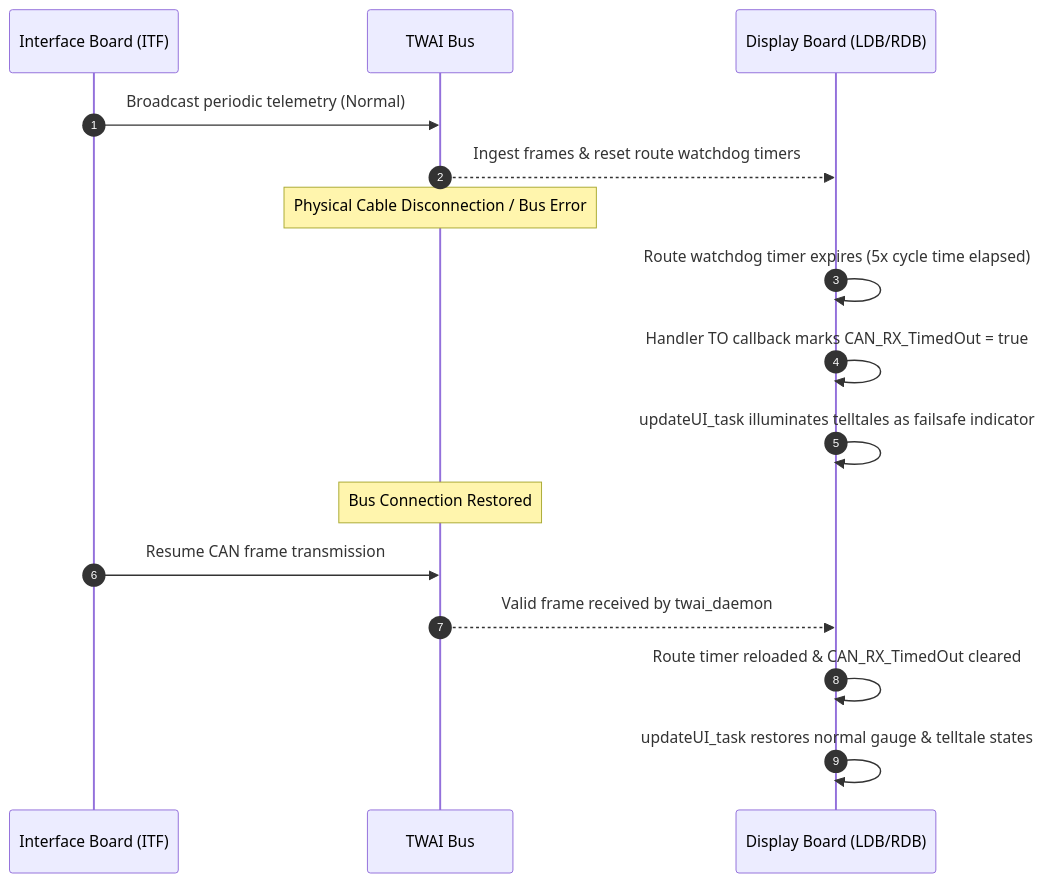
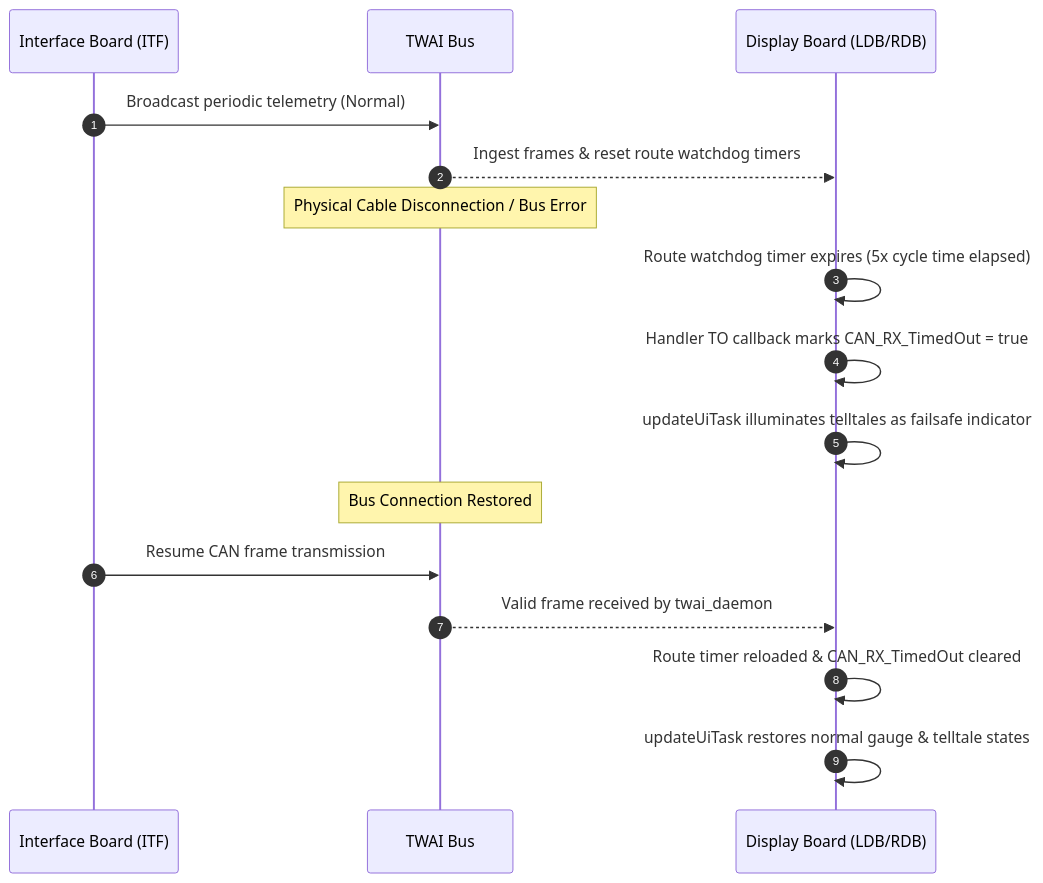
Before and after one commit to martinroger/vx-binocle-espidf: the second of 5 diagrams in docs/SCENARIOS.md, drawn with Mermaid. The commit also changed other lines of this file and 26 other files, not shown here.

````diff
--- a/docs/SCENARIOS.md
+++ b/docs/SCENARIOS.md
@@ -55,21 +55,21 @@
 ```mermaid
 sequenceDiagram
     autonumber
     participant ITF as Interface Board (ITF)
     participant CAN as TWAI Bus
     participant DSP as Display Board (LDB/RDB)
 
     ITF->>CAN: Broadcast periodic telemetry (Normal)
     CAN-->>DSP: Ingest frames & reset route watchdog timers
     
     Note over CAN: Physical Cable Disconnection / Bus Error
     DSP->>DSP: Route watchdog timer expires (5x cycle time elapsed)
     DSP->>DSP: Handler TO callback marks CAN_RX_TimedOut = true
-    DSP->>DSP: updateUI_task illuminates telltales as failsafe indicator
+    DSP->>DSP: updateUiTask illuminates telltales as failsafe indicator
     
     Note over CAN: Bus Connection Restored
     ITF->>CAN: Resume CAN frame transmission
     CAN-->>DSP: Valid frame received by twai_daemon
     DSP->>DSP: Route timer reloaded & CAN_RX_TimedOut cleared
-    DSP->>DSP: updateUI_task restores normal gauge & telltale states
+    DSP->>DSP: updateUiTask restores normal gauge & telltale states
 ```
````
